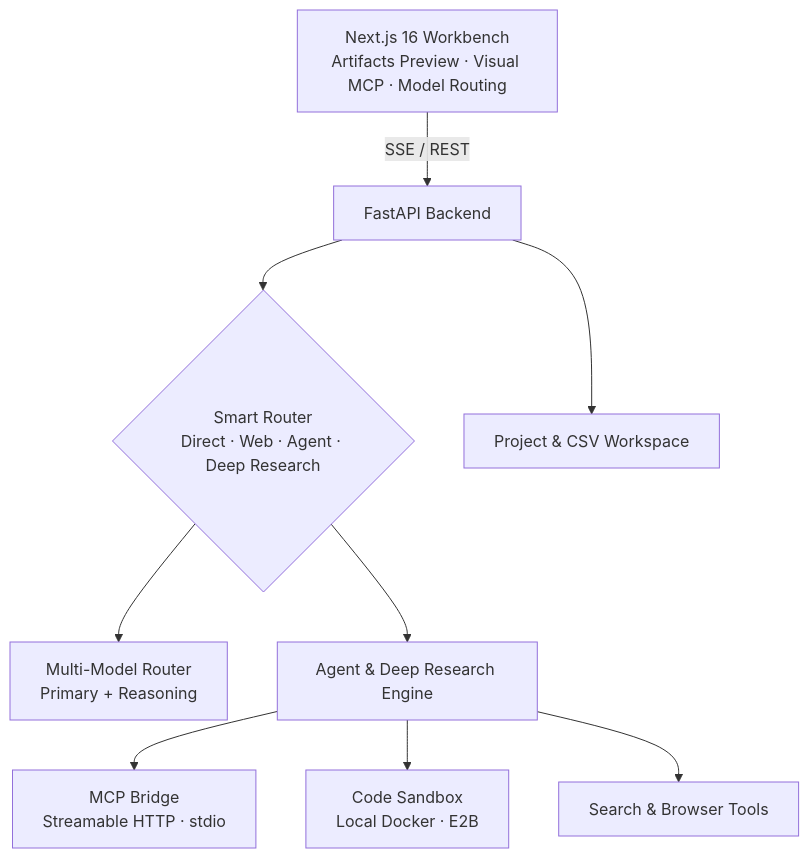
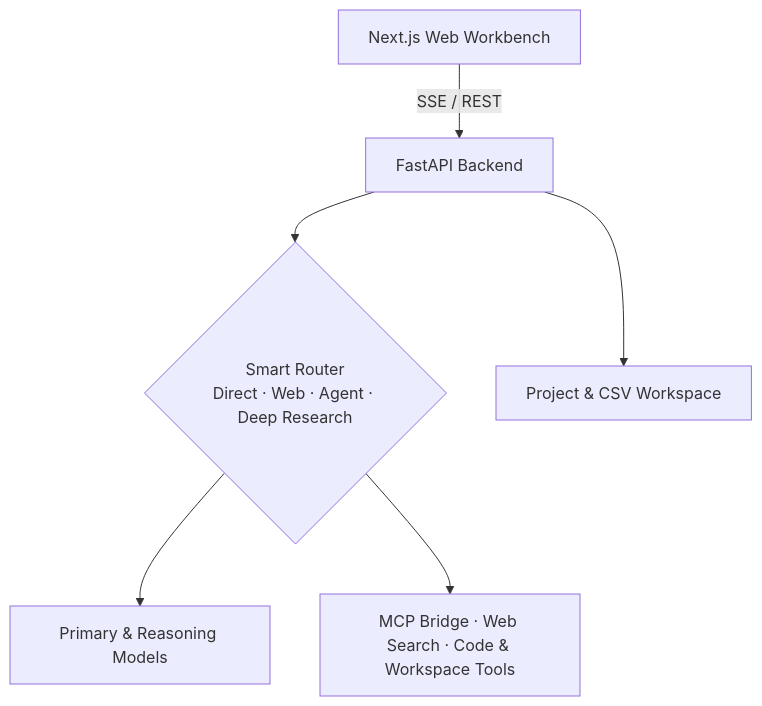
One commit to skygazer42/Weaver changed the diagram in README.md. Above: the diagram before and after it, drawn with Mermaid. The commit also changed other lines of this file and 1 other file, not shown here.

Commit message:
docs: simplify README feature copy and move sandbox details to configuration docs

````diff
--- a/README.md
+++ b/README.md
@@ -47,11 +40,8 @@
 ```mermaid
 graph TB
-  UI[Next.js 16 Workbench<br/>Artifacts Preview · Visual MCP · Model Routing] -->|SSE / REST| API[FastAPI Backend]
+  UI[Next.js Web Workbench] -->|SSE / REST| API[FastAPI Backend]
   API --> Router{Smart Router<br/>Direct · Web · Agent · Deep Research}
   API --> Workspace[Project & CSV Workspace]
-  Router --> Models[Multi-Model Router<br/>Primary + Reasoning]
-  Router --> Agent[Agent & Deep Research Engine]
-  Agent --> MCP[MCP Bridge<br/>Streamable HTTP · stdio]
-  Agent --> Sandbox[Code Sandbox<br/>Local Docker · E2B]
-  Agent --> WebTools[Search & Browser Tools]
+  Router --> Models[Primary & Reasoning Models]
+  Router --> Tools[MCP Bridge · Web Search · Code & Workspace Tools]
 ```
````
